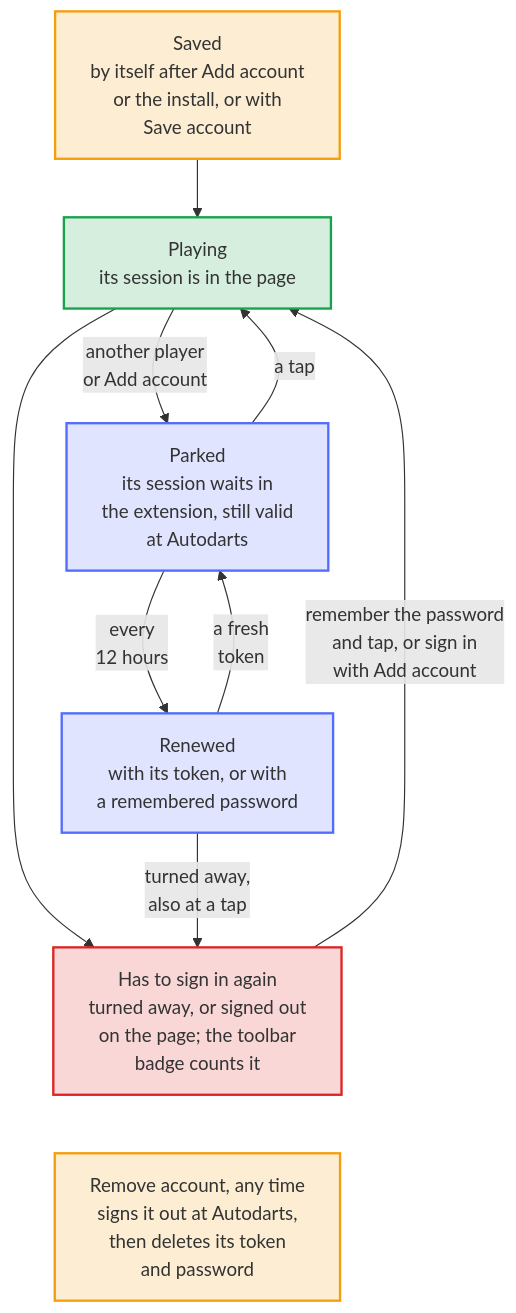
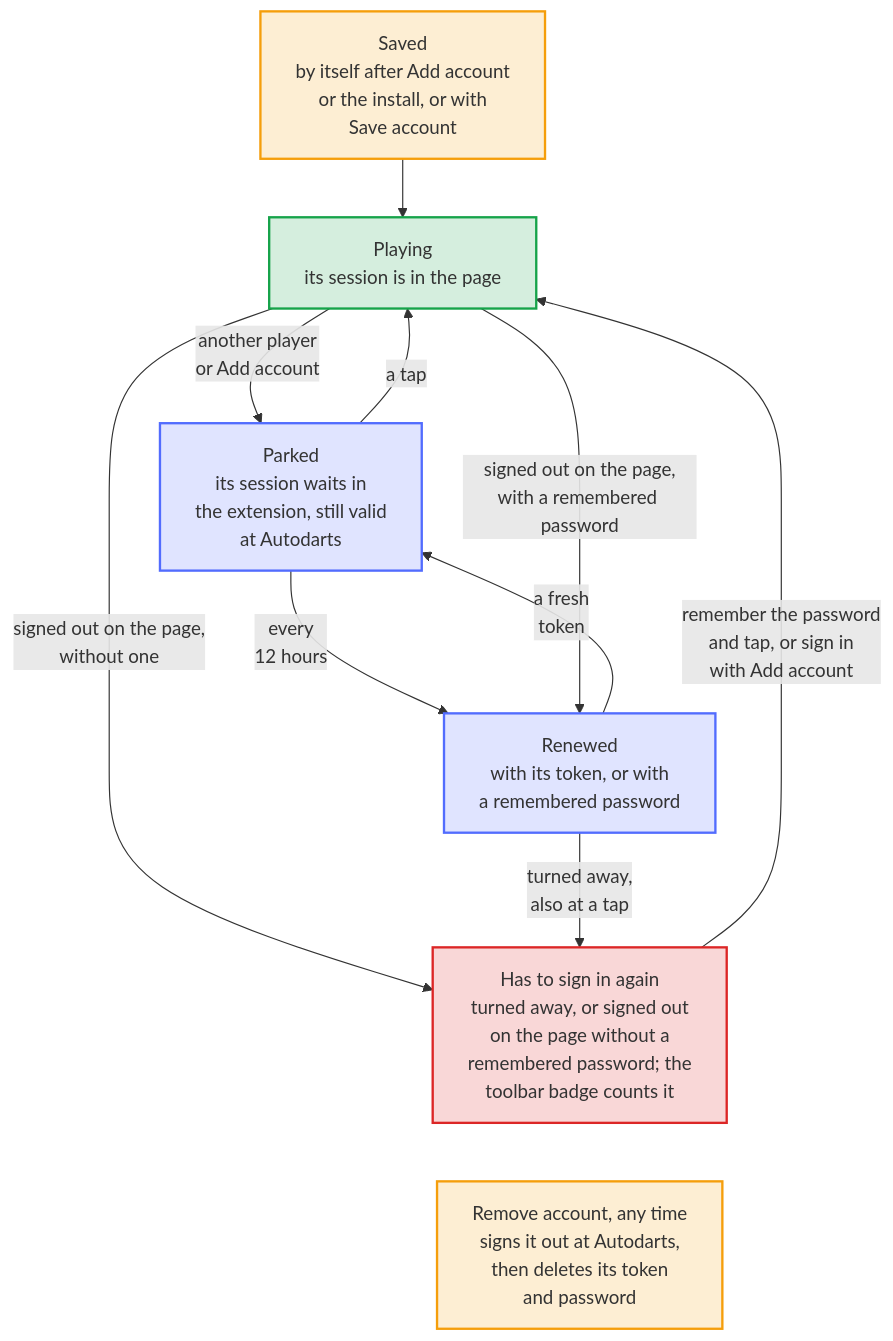
One commit to Dennis-Otto/player-switch-for-autodarts changed the diagram in docs/diagrams/account-states.mmd. Above: the diagram before and after it, drawn with Mermaid. The commit also changed 18 other files, not shown here.

First line of the commit message:
fix(switch): a remembered password keeps an account ready after a sign-out on the page (#252)

```diff
--- a/docs/diagrams/account-states.mmd
+++ b/docs/diagrams/account-states.mmd
@@ -1,34 +1,35 @@
 ---
 config:
   flowchart:
     wrappingWidth: 400
 ---
 flowchart TB
     accTitle: The life of a saved account
-    accDescr: An account that signs in on the page is saved by itself after Add account or the install, or with Save account, and it plays. When another player comes on, or Add account signs the page out, its session is parked, still valid at Autodarts, and a tap brings it back. Every 12 hours the extension renews each parked session, with its token or a remembered password. When Autodarts turns an account away, in a renewal or at a tap, or it signs out on the page, it has to sign in again, and the toolbar badge counts it: remember its password and tap it, or sign in once with Add account. Remove account signs an account out at Autodarts and then deletes it with its token and password, whatever its state.
+    accDescr: An account that signs in on the page is saved by itself after Add account or the install, or with Save account, and it plays. When another player comes on, or Add account signs the page out, its session is parked, still valid at Autodarts, and a tap brings it back. Every 12 hours the extension renews each parked session, with its token or a remembered password. When it signs out on the page and remembers its password, the next renewal or tap signs it in with that password. When Autodarts turns an account away, in a renewal or at a tap, or it signs out on the page without a remembered password, it has to sign in again, and the toolbar badge counts it: remember its password and tap it, or sign in once with Add account. Remove account signs an account out at Autodarts and then deletes it with its token and password, whatever its state.
 
     save["Saved<br>by itself after Add account<br>or the install, or with<br>Save account"]
     playing["Playing<br>its session is in the page"]
     parked["Parked<br>its session waits in<br>the extension, still valid<br>at Autodarts"]
     renewal["Renewed<br>with its token, or with<br>a remembered password"]
-    signin["Has to sign in again<br>turned away, or signed out<br>on the page; the toolbar<br>badge counts it"]
+    signin["Has to sign in again<br>turned away, or signed out<br>on the page without a<br>remembered password; the<br>toolbar badge counts it"]
     removed["Remove account, any time<br>signs it out at Autodarts,<br>then deletes its token<br>and password"]
 
     save --> playing
     playing -- "another player<br>or Add account" --> parked
     parked -- "a tap" --> playing
     parked -- "every<br>12 hours" --> renewal
     renewal -- "a fresh<br>token" --> parked
-    playing --> signin
+    playing -- "signed out on the page,<br>with a remembered password" --> renewal
+    playing -- "signed out on the page,<br>without one" --> signin
     renewal -- "turned away,<br>also at a tap" --> signin
     signin -- "remember the password<br>and tap, or sign in<br>with Add account" --> playing
     signin ~~~ removed
 
     classDef bot fill:#526cfe2e,stroke:#526cfe,stroke-width:2px
     classDef done fill:#16a34a2e,stroke:#16a34a,stroke-width:2px
     classDef person fill:#f59e0b2e,stroke:#f59e0b,stroke-width:2px
     classDef failed fill:#dc26262e,stroke:#dc2626,stroke-width:2px
     class save,removed person
     class playing done
     class parked,renewal bot
     class signin failed
```
